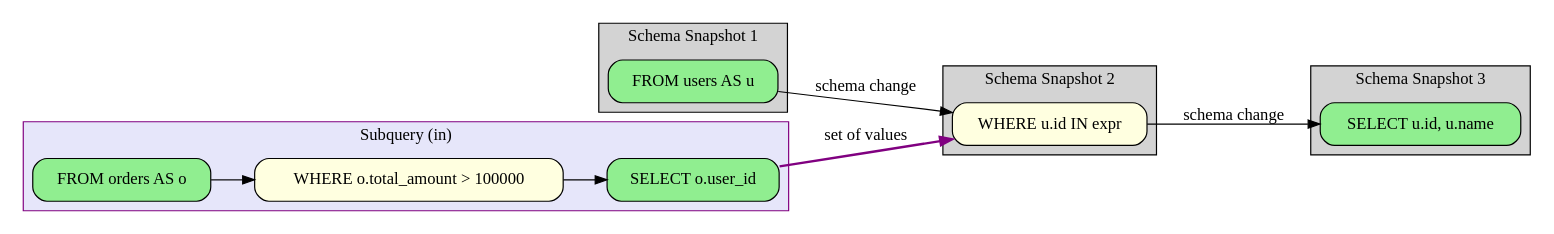
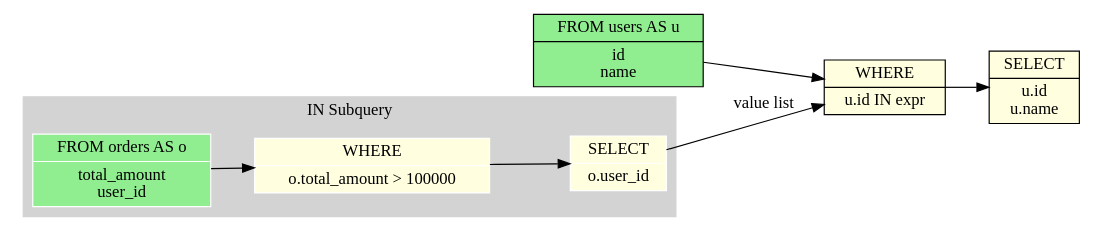
The diagram in examples/subquery_in_schema.dot (rot1024/sqloflow), drawn with Graphviz before and after one commit. The commit also changed 51 other files, not shown here.

Commit message:
feat: impl schema view renderer

```diff
--- a/examples/subquery_in_schema.dot
+++ b/examples/subquery_in_schema.dot
@@ -1,45 +1,34 @@
-digraph sqloflow {
+digraph schema_flow {
   rankdir=LR;
-  node [shape=box, style=rounded];
+  node [shape=record];
 
-  // Schema view with snapshots
-  subgraph cluster_0 {
-    label="Schema Snapshot 1";
+  // Source tables
+  node_0 [label="FROM users AS u|id\nname", style=filled, fillcolor=lightgreen];
+
+  // Operations
+  node_1 [label="WHERE|u.id IN expr", style=filled, fillcolor=lightyellow];
+  node_3 [label="SELECT|u.id\nu.name", style=filled, fillcolor=lightyellow];
+
+  // Data flow edges
+
+  // JOIN operations with table info
+  node_0 -> node_1;
+  node_1 -> node_3;
+
+  subgraph cluster_node_2 {
+    label="IN Subquery";
     style=filled;
-    fillcolor=lightgray;
-    // Relations: u
-    node_0 [label="FROM users AS u", fillcolor=lightgreen, style="filled,rounded"];
+    color=lightgrey;
+    node [style=filled,color=white];
+    // Source tables
+    subq_0_node_0 [label="FROM orders AS o|total_amount\nuser_id", style=filled, fillcolor=lightgreen];
+    // Operations
+    subq_0_node_1 [label="WHERE|o.total_amount \> 100000", style=filled, fillcolor=lightyellow];
+    subq_0_node_2 [label="SELECT|o.user_id", style=filled, fillcolor=lightyellow];
+    // Data flow edges
+    // JOIN operations with table info
+    subq_0_node_0 -> subq_0_node_1;
+    subq_0_node_1 -> subq_0_node_2;
   }
-  subgraph cluster_1 {
-    label="Schema Snapshot 2";
-    style=filled;
-    fillcolor=lightgray;
-    // Relations: u, o
-    node_1 [label="WHERE u.id IN expr", fillcolor=lightyellow, style="filled,rounded"];
-  }
-  subgraph cluster_2 {
-    label="Schema Snapshot 3";
-    style=filled;
-    fillcolor=lightgray;
-    // Relations: _result
-    node_3 [label="SELECT u.id, u.name", fillcolor=lightgreen, style="filled,rounded"];
-  }
-
-  // Subquery 1
-  subgraph cluster_node_2 {
-    label="Subquery (in)";
-    style=filled;
-    fillcolor=lavender;
-    color=purple;
-    subq_0_node_0 [label="FROM orders AS o", fillcolor=lightgreen, style="filled,rounded"];
-    subq_0_node_1 [label="WHERE o.total_amount > 100000", fillcolor=lightyellow, style="filled,rounded"];
-    subq_0_node_2 [label="SELECT o.user_id", fillcolor=lightgreen, style="filled,rounded"];
-    subq_0_node_0 -> subq_0_node_1 [color=black];
-    subq_0_node_1 -> subq_0_node_2 [color=black];
-  }
-  subq_0_node_2 -> node_1 [color=purple, style=bold, label="set of values"];
-
-  // Schema transformation edges
-  node_0 -> node_1 [color=black, label="schema change"];
-  node_1 -> node_3 [color=black, label="schema change"];
+  subq_0_node_2 -> node_1 [label="value list"];
 }
```
